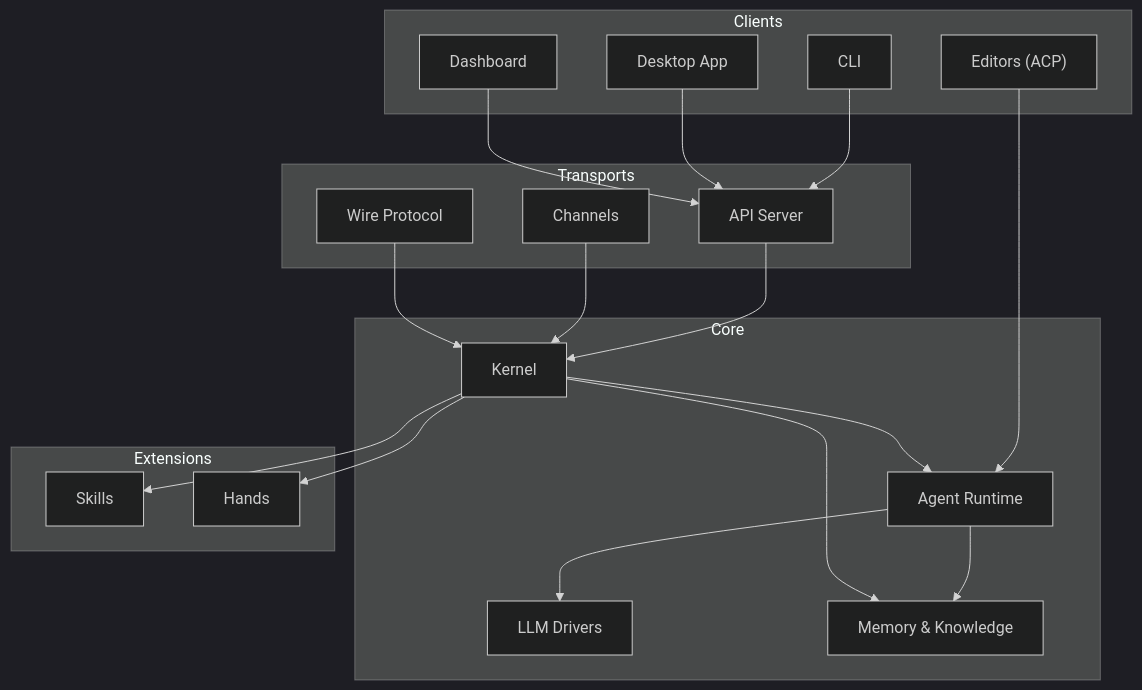
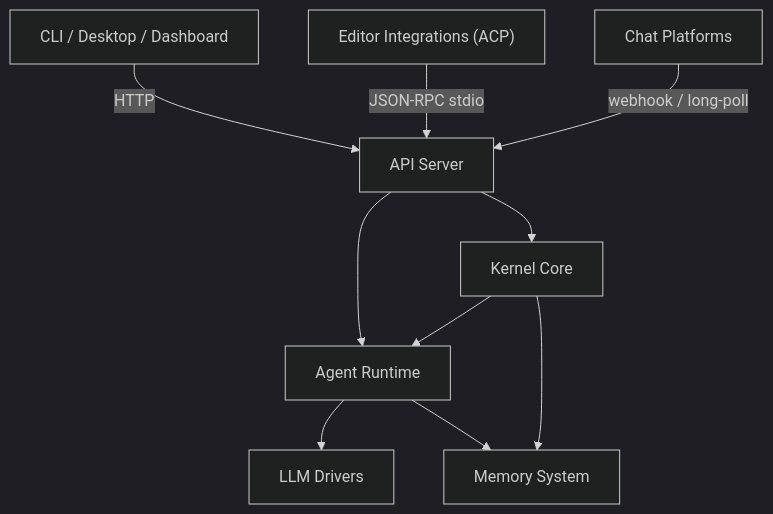
One commit to leszek3737/librefang-WIki changed the diagram in overview.md. Above: the diagram before and after it, drawn with Mermaid (dark theme). The commit also changed other lines of this file and 126 other files, not shown here.

````diff
--- a/overview.md
+++ b/overview.md
@@ -17,43 +9,23 @@
 ```mermaid
-graph TB
-    subgraph Clients
-        CLI["CLI"]
-        DESK["Desktop App"]
-        DASH["Dashboard"]
-        EDITORS["Editors (ACP)"]
-    end
+graph TD
+    Clients["CLI / Desktop / Dashboard"]
+    Editors["Editor Integrations (ACP)"]
+    Chats["Chat Platforms"]
 
-    subgraph Transports
-        API["API Server"]
-        CH["Channels"]
-        WIRE["Wire Protocol"]
-    end
+    API["API Server"]
+    Kernel["Kernel Core"]
+    Runtime["Agent Runtime"]
+    LLM["LLM Drivers"]
+    Memory["Memory System"]
 
-    subgraph Core
-        KERNEL["Kernel"]
-        RUNTIME["Agent Runtime"]
-        LLM["LLM Drivers"]
-        MEM["Memory &amp; Knowledge"]
-    end
+    Clients -->|HTTP| API
+    Editors -->|JSON-RPC stdio| API
+    Chats -->|webhook / long-poll| API
 
-    subgraph Extensions
-        SKILLS["Skills"]
-        HANDS["Hands"]
-    end
-
-    CLI --> API
-    DESK --> API
-    DASH --> API
-    EDITORS --> RUNTIME
-
-    API --> KERNEL
-    CH --> KERNEL
-    WIRE --> KERNEL
-
-    KERNEL --> RUNTIME
-    RUNTIME --> LLM
-    RUNTIME --> MEM
-    KERNEL --> SKILLS
-    KERNEL --> HANDS
-    KERNEL --> MEM
+    API --> Kernel
+    API --> Runtime
+    Kernel --> Runtime
+    Runtime --> LLM
+    Runtime --> Memory
+    Kernel --> Memory
 ```
````
